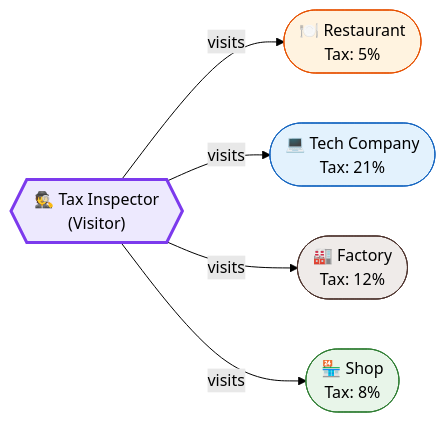
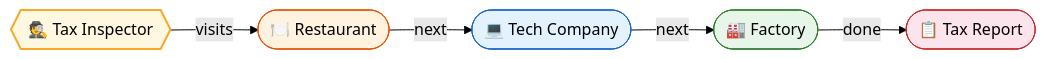
One commit to saivamsikaruturi/vamsilabs-dev-notes-main changed the first of 3 diagrams in docs/designpatterns/behaviouralDesignPatterns/VisitorDp.md. Above: the diagram before and after it, drawn with Mermaid (forest theme). The commit also changed other lines of this file and 42 other files, not shown here.

````diff
--- a/docs/designpatterns/behaviouralDesignPatterns/VisitorDp.md
+++ b/docs/designpatterns/behaviouralDesignPatterns/VisitorDp.md
@@ -12,14 +12,13 @@
 ```mermaid
 flowchart LR
-    I{{"🕵️ Tax Inspector<br/>(Visitor)"}}
-    I -->|visits| R(["🍽️ Restaurant<br/>Tax: 5%"])
-    I -->|visits| T(["💻 Tech Company<br/>Tax: 21%"])
-    I -->|visits| F(["🏭 Factory<br/>Tax: 12%"])
-    I -->|visits| S(["🏪 Shop<br/>Tax: 8%"])
-    
-    style I fill:#EDE9FE,stroke:#7C3AED,stroke-width:3px,color:#000
+    I{{"🕵️ Tax Inspector"}} -->|"visits"| R(["🍽️ Restaurant"])
+    R -->|"next"| T(["💻 Tech Company"])
+    T -->|"next"| F(["🏭 Factory"])
+    F -->|"done"| Result(["📋 Tax Report"])
+
+    style I fill:#FFF8E1,stroke:#F9A825,stroke-width:2px,color:#000
     style R fill:#FFF3E0,stroke:#E65100,color:#000
     style T fill:#E3F2FD,stroke:#1565C0,color:#000
-    style F fill:#EFEBE9,stroke:#4E342E,color:#000
-    style S fill:#E8F5E9,stroke:#2E7D32,color:#000
+    style F fill:#E8F5E9,stroke:#2E7D32,color:#000
+    style Result fill:#FCE4EC,stroke:#C62828,color:#000
 ```
````
